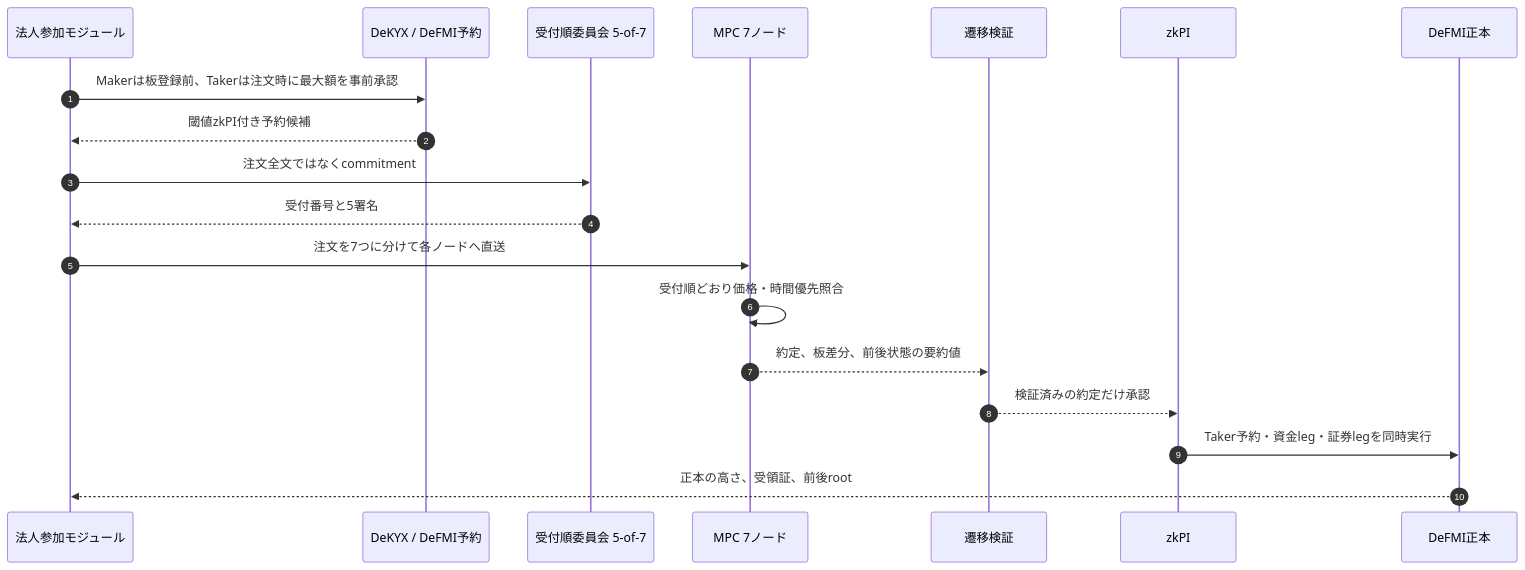
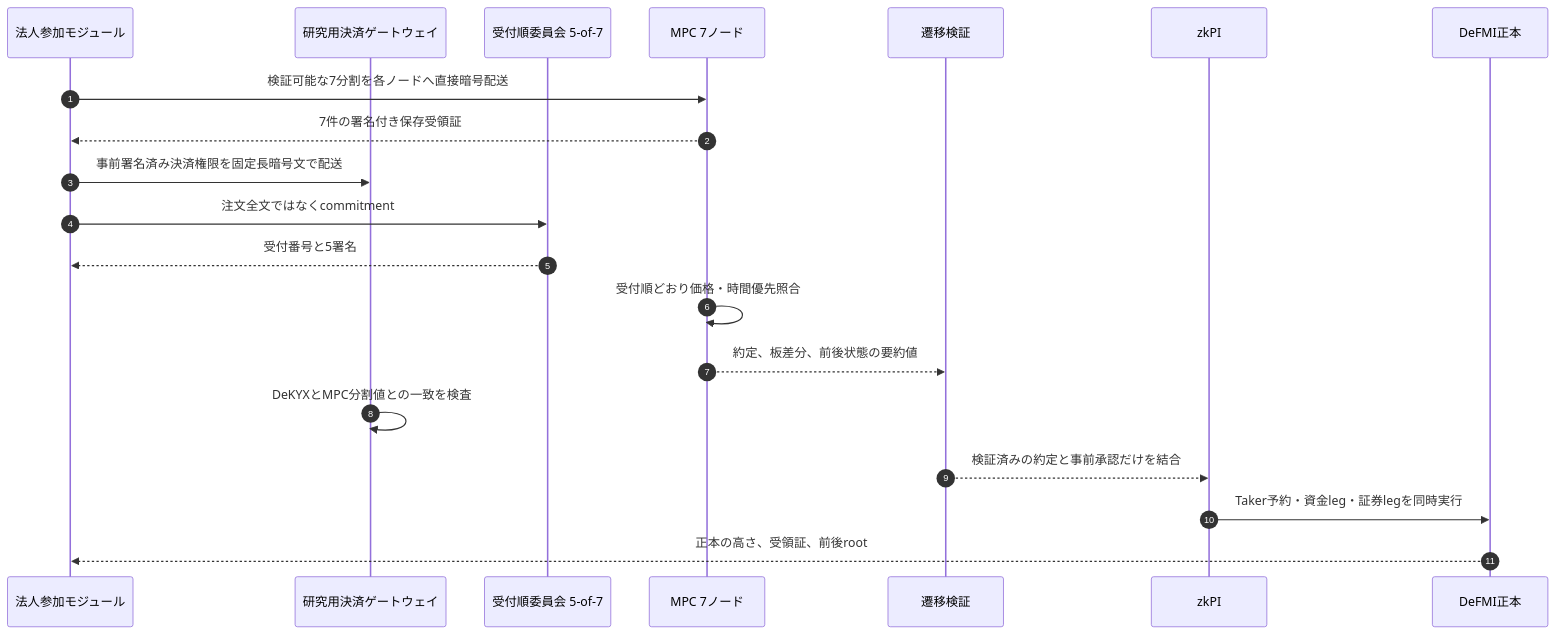
One commit to zkFMI/oclob changed the first of 2 diagrams in docs/ARCHITECTURE.md. Above: the diagram before and after it, drawn with Mermaid. The commit also changed other lines of this file and 27 other files, not shown here.

````diff
--- a/docs/ARCHITECTURE.md
+++ b/docs/ARCHITECTURE.md
@@ -15,22 +16,23 @@
 ```mermaid
 sequenceDiagram
     autonumber
     participant U as 法人参加モジュール
-    participant D as DeKYX / DeFMI予約
+    participant G as 研究用決済ゲートウェイ
     participant O as 受付順委員会 5-of-7
     participant M as MPC 7ノード
     participant P as 遷移検証
     participant Z as zkPI
     participant L as DeFMI正本
 
-    U->>D: Makerは板登録前、Takerは注文時に最大額を事前承認
-    D-->>U: 閾値zkPI付き予約候補
+    U->>M: 検証可能な7分割を各ノードへ直接暗号配送
+    M-->>U: 7件の署名付き保存受領証
+    U->>G: 事前署名済み決済権限を固定長暗号文で配送
     U->>O: 注文全文ではなくcommitment
     O-->>U: 受付番号と5署名
-    U->>M: 注文を7つに分けて各ノードへ直送
     M->>M: 受付順どおり価格・時間優先照合
     M-->>P: 約定、板差分、前後状態の要約値
-    P-->>Z: 検証済みの約定だけ承認
+    G->>G: DeKYXとMPC分割値との一致を検査
+    P-->>Z: 検証済みの約定と事前承認だけを結合
     Z->>L: Taker予約・資金leg・証券legを同時実行
     L-->>U: 正本の高さ、受領証、前後root
 ```
````
